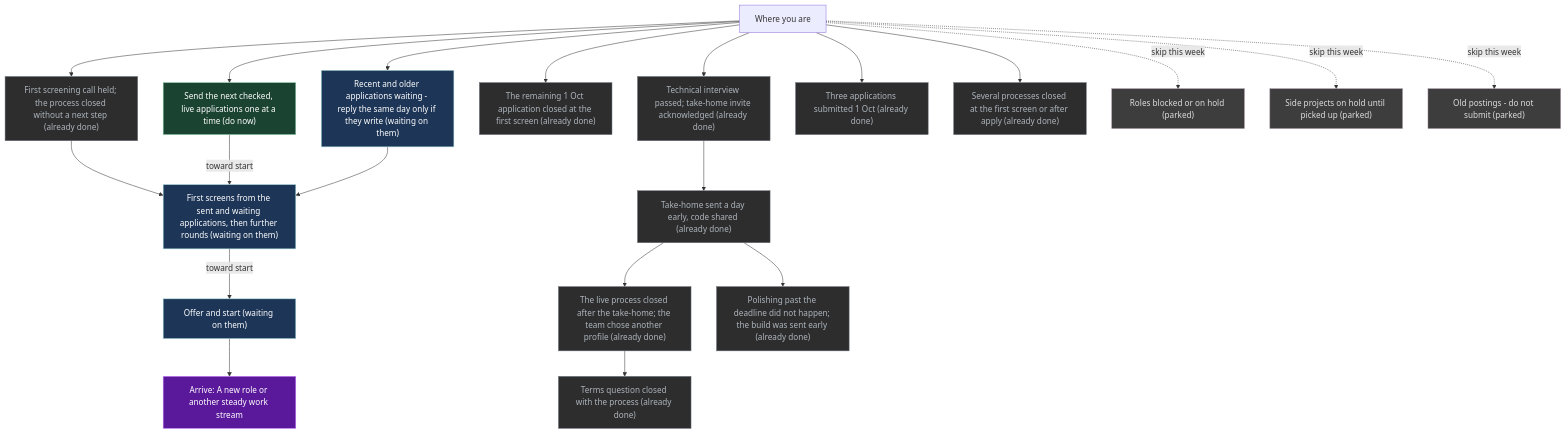
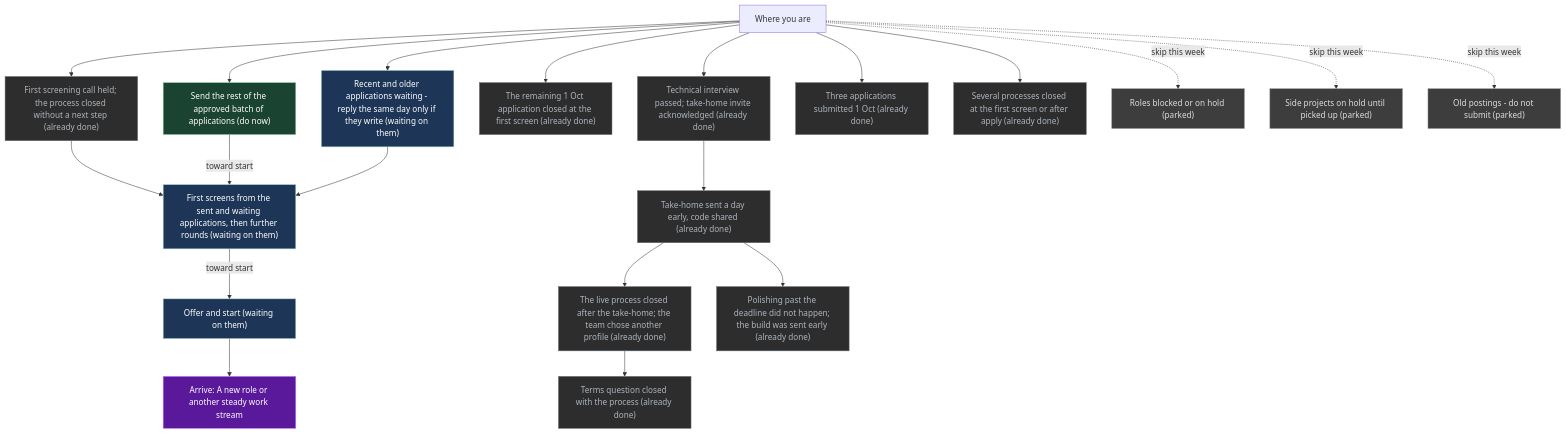
One commit to p10ns11y/life-os changed the diagram in UI/Mission.md. Above: the diagram before and after it, drawn with Mermaid. The commit also changed other lines of this file, not shown here.

````diff
--- a/UI/Mission.md
+++ b/UI/Mission.md
@@ -71,50 +71,50 @@
 ```mermaid
 flowchart TB
   x["Where you are"]
   G["Arrive: A new role or another steady work stream"]
   S9["First screening call held; the process closed without a next step (already done)"]
   S0["Technical interview passed; take-home invite acknowledged (already done)"]
   S4["Take-home sent a day early, code shared (already done)"]
   S4b["The live process closed after the take-home; the team chose another profile (already done)"]
-  S7["Send the next checked, live applications one at a time (do now)"]
+  S7["Send the rest of the approved batch of applications (do now)"]
   S8["First screens from the sent and waiting applications, then further rounds (waiting on them)"]
   S5["Offer and start (waiting on them)"]
   S6["The remaining 1 Oct application closed at the first screen (already done)"]
   S1["Recent and older applications waiting - reply the same day only if they write (waiting on them)"]
   R1["Terms question closed with the process (already done)"]
   R2["Polishing past the deadline did not happen; the build was sent early (already done)"]
   S3["Three applications submitted 1 Oct (already done)"]
   D1["Several processes closed at the first screen or after apply (already done)"]
   P1["Roles blocked or on hold (parked)"]
   P2["Side projects on hold until picked up (parked)"]
   P3["Old postings - do not submit (parked)"]
   x --> S9
   x --> S0
   S0 --> S4
   S4 --> S4b
   x --> S7
   S9 --> S8
   S7 -->|"toward start"| S8
   S1 --> S8
   S8 -->|"toward start"| S5
   x --> S6
   x --> S1
   S4b --> R1
   S4 --> R2
   x --> S3
   x --> D1
   x -.->|"skip this week"| P1
   x -.->|"skip this week"| P2
   x -.->|"skip this week"| P3
   S5 --> G
   classDef do fill:#1b4332,stroke:#95d5b2,color:#fff
   classDef wait fill:#1d3557,stroke:#a8dadc,color:#fff
   classDef park fill:#3d3d3d,stroke:#9a8c98,color:#ddd
   classDef done fill:#2d2d2d,stroke:#6c757d,color:#adb5bd
   classDef goal fill:#5a189a,stroke:#c77dff,color:#fff
   class G goal
   class S7 do
   class S8,S5,S1 wait
   class P1,P2,P3 park
   class S9,S0,S4,S4b,S6,R1,R2,S3,D1 done
 ```
````
